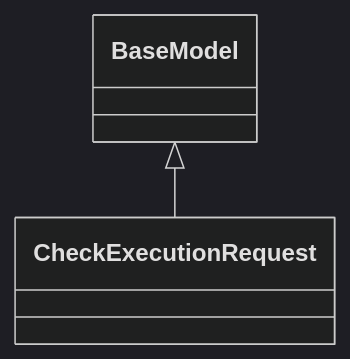
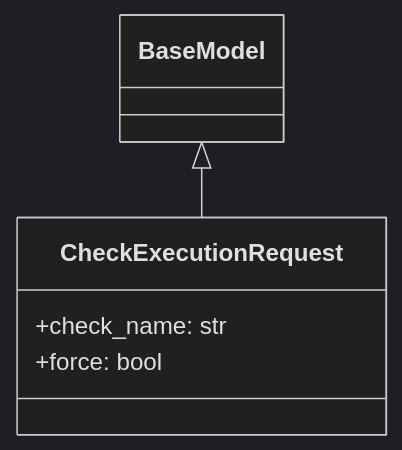
Diagram 14 of 15 in design/autocode/api/models_items.md (Brunvelop/autocode), drawn with Mermaid (dark theme) before and after one commit. The commit also changed other lines of this file and 8 other files, not shown here.

````diff
--- a/design/autocode/api/models_items.md
+++ b/design/autocode/api/models_items.md
@@ -176,7 +246,9 @@
 ```mermaid
 classDiagram
     class CheckExecutionRequest {
+        +check_name: str
+        +force: bool
     }
     BaseModel <|-- CheckExecutionRequest
 
 ```
````
